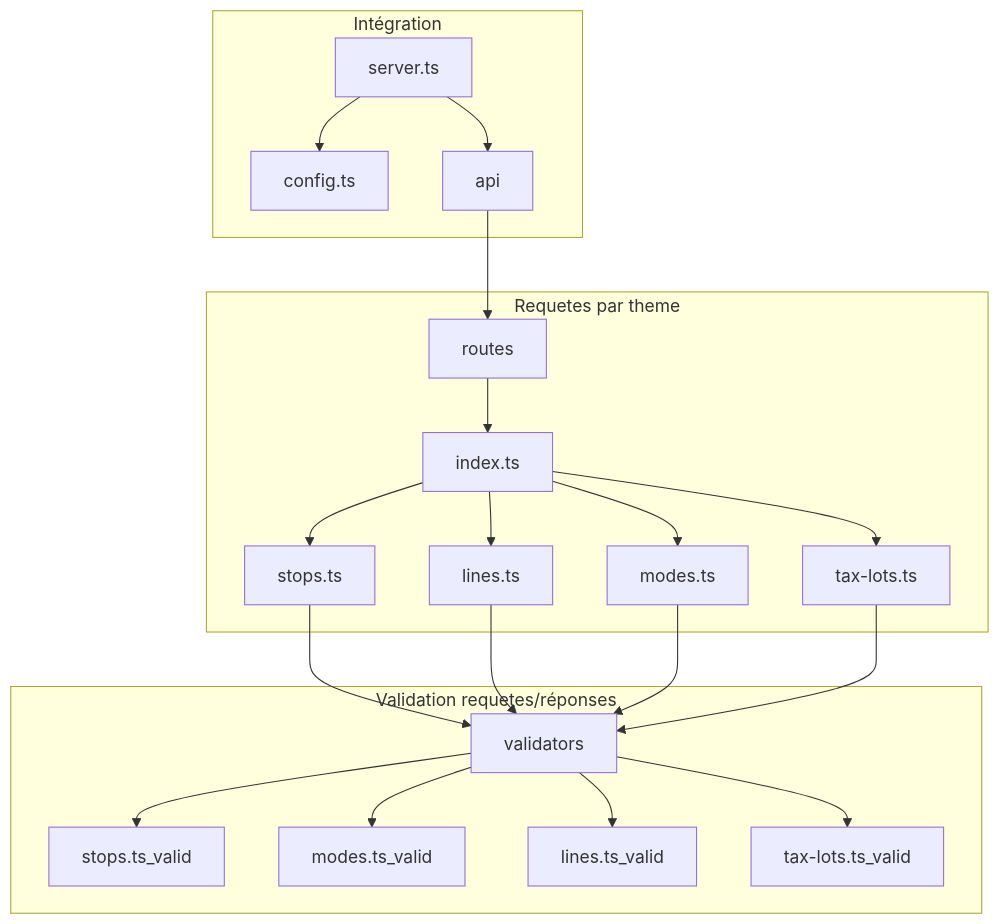
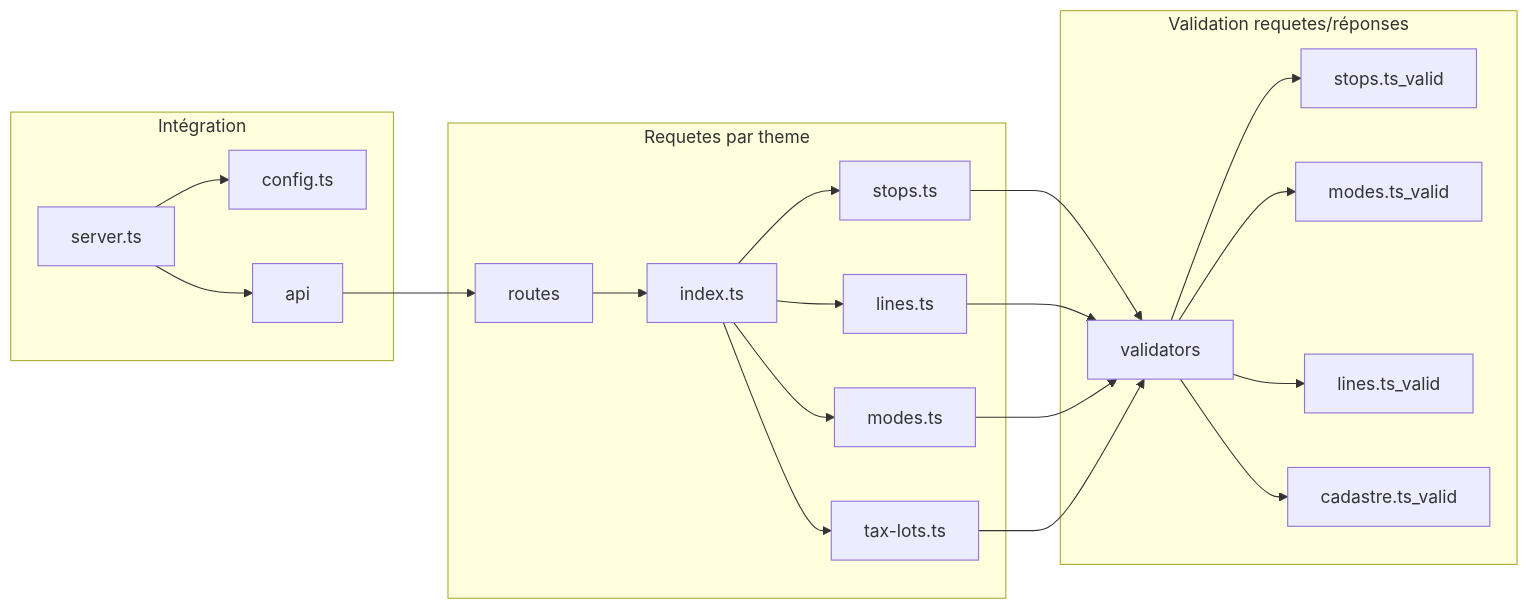
One commit to EPMPaulPoly/CIV6707-Cout-Lignes changed the diagram in docs/api/API implementation.md. Above: the diagram before and after it, drawn with Mermaid.

Commit message:
Update API implementation.md

````diff
--- a/docs/api/API implementation.md
+++ b/docs/api/API implementation.md
@@ -15,25 +15,25 @@
 ```mermaid
-graph TD;
+graph LR;
     subgraph entree["Intégration"]
     server.ts-->config.ts;
     server.ts-->api;
     end;
     api-->routes;
     subgraph routessub["Requetes par theme"]
     routes-->index.ts;
     index.ts-->stops.ts;
     index.ts-->lines.ts;
     index.ts-->modes.ts;
     index.ts-->tax-lots.ts;
     end;
     stops.ts-->validators;
     lines.ts-->validators;
     modes.ts-->validators;
     tax-lots.ts-->validators;
     subgraph validation["Validation requetes/réponses"]
     validators-->stops.ts_valid;
     validators-->modes.ts_valid;
     validators-->lines.ts_valid;
-    validators-->tax-lots.ts_valid;
+    validators-->cadastre.ts_valid;
     end;
 ```
````
